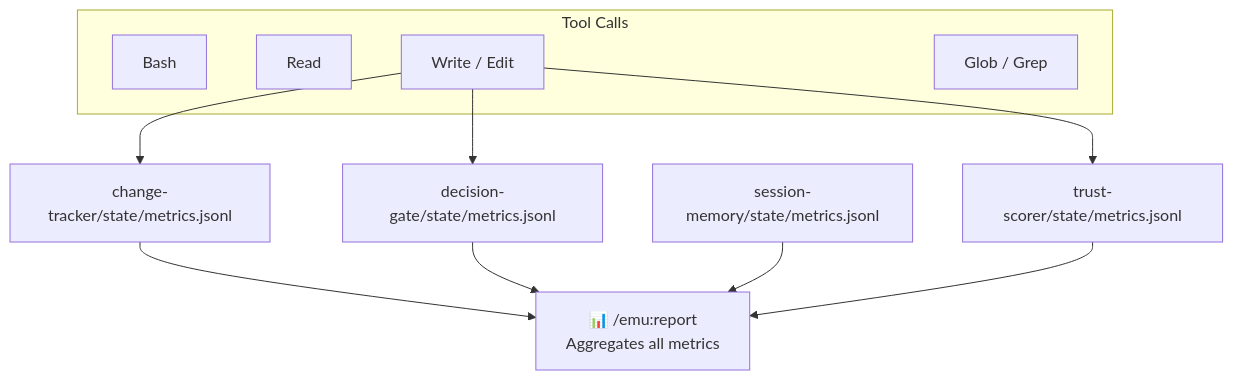
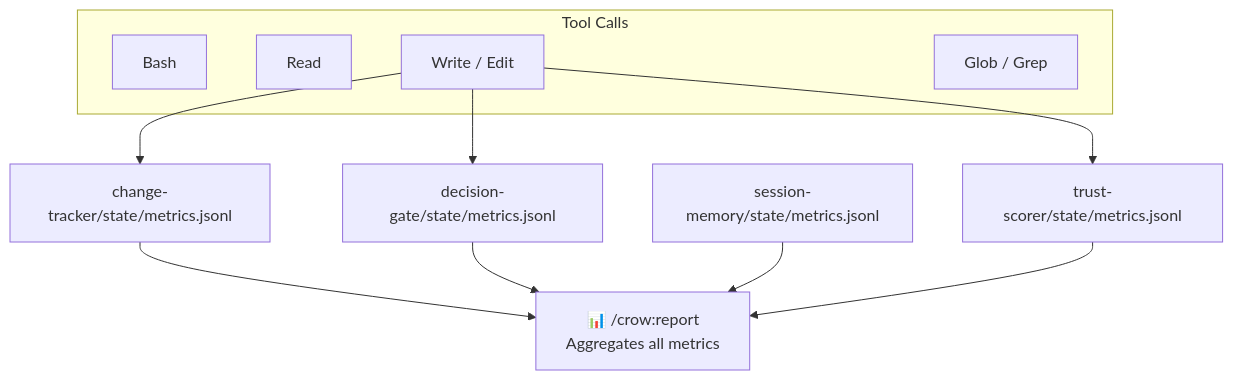
Before and after one commit to enchanted-plugins/hornet: the diagram in docs/architecture/dataflow.mmd, drawn with Mermaid. The commit also changed 12 other files, not shown here.

First line of the commit message:
rename: CROW_/crow_ env vars and agents, fix architecture index

```diff
--- a/docs/architecture/dataflow.mmd
+++ b/docs/architecture/dataflow.mmd
@@ -1,19 +1,19 @@
 graph TB
     subgraph inputs["Tool Calls"]
         Bash["Bash"]
         Read["Read"]
         Write["Write / Edit"]
         Glob["Glob / Grep"]
     end
     change_tracker_metrics["change-tracker/state/metrics.jsonl<br/><small></small>"]
     Write --> change_tracker_metrics
     decision_gate_metrics["decision-gate/state/metrics.jsonl<br/><small></small>"]
     Write --> decision_gate_metrics
     session_memory_metrics["session-memory/state/metrics.jsonl<br/><small></small>"]
     trust_scorer_metrics["trust-scorer/state/metrics.jsonl<br/><small></small>"]
     Write --> trust_scorer_metrics
-    report["📊 /emu:report<br/>Aggregates all metrics"]
+    report["📊 /crow:report<br/>Aggregates all metrics"]
     change_tracker_metrics --> report
     decision_gate_metrics --> report
     session_memory_metrics --> report
     trust_scorer_metrics --> report
```
